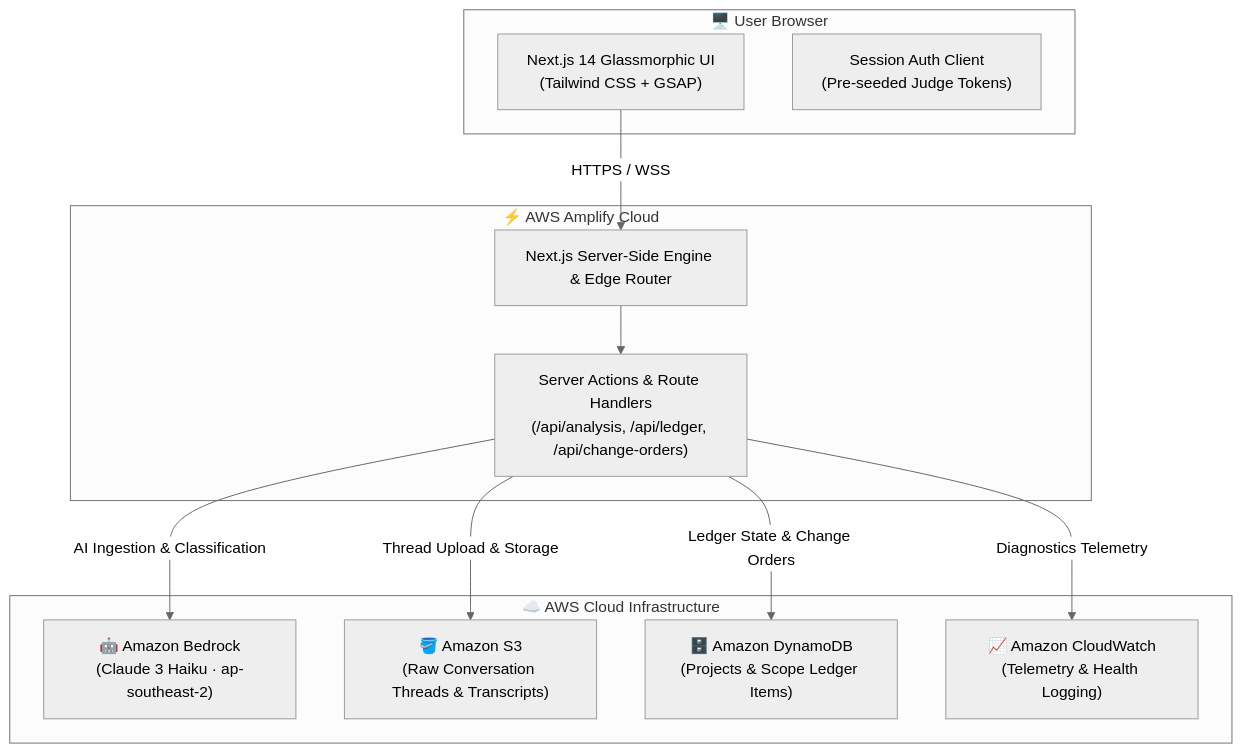
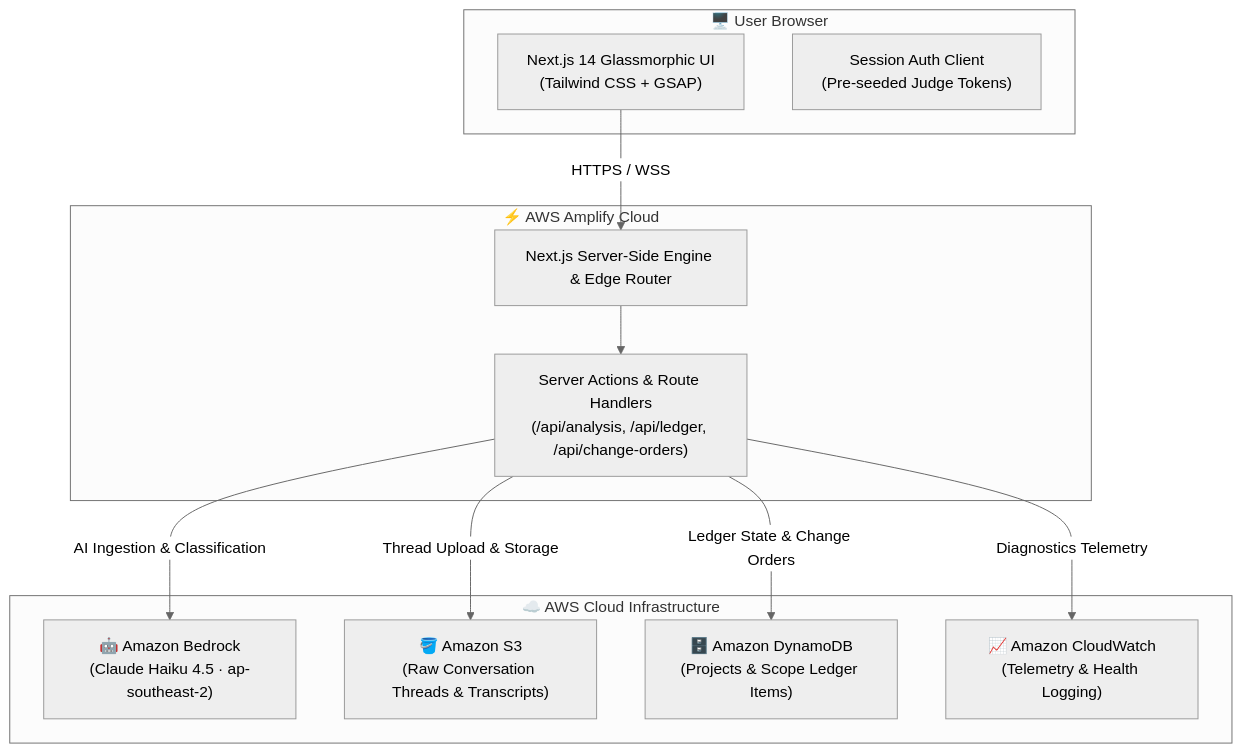
One commit to ilakkiyan-j/Alxo changed the diagram in README.md. Above: the diagram before and after it, drawn with Mermaid (neutral theme). The commit also changed other lines of this file and 9 other files, not shown here.

Commit message:
docs(ai): standardize all documentation, UI, diagrams, and deployment guides on Claude Haiku 4.5

````diff
--- a/README.md
+++ b/README.md
@@ -130,26 +130,26 @@
 ```mermaid
 flowchart TD
     subgraph Client["🖥️ User Browser"]
         UI["Next.js 14 Glassmorphic UI<br/>(Tailwind CSS + GSAP)"]
         AuthClient["Session Auth Client<br/>(Pre-seeded Judge Tokens)"]
     end
 
     subgraph AWSAmplify["⚡ AWS Amplify Cloud"]
         SSR["Next.js Server-Side Engine & Edge Router"]
         ServerActions["Server Actions & Route Handlers<br/>(/api/analysis, /api/ledger, /api/change-orders)"]
     end
 
     subgraph AWSServices["☁️ AWS Cloud Infrastructure"]
-        Bedrock["🤖 Amazon Bedrock<br/>(Claude 3 Haiku · ap-southeast-2)"]
+        Bedrock["🤖 Amazon Bedrock<br/>(Claude Haiku 4.5 · ap-southeast-2)"]
         S3["🪣 Amazon S3<br/>(Raw Conversation Threads & Transcripts)"]
         DynamoDB["🗄️ Amazon DynamoDB<br/>(Projects & Scope Ledger Items)"]
         CloudWatch["📈 Amazon CloudWatch<br/>(Telemetry & Health Logging)"]
     end
 
     UI -->|HTTPS / WSS| SSR
     SSR --> ServerActions
     ServerActions -->|AI Ingestion & Classification| Bedrock
     ServerActions -->|Thread Upload & Storage| S3
     ServerActions -->|Ledger State & Change Orders| DynamoDB
     ServerActions -->|Diagnostics Telemetry| CloudWatch
 ```
````
